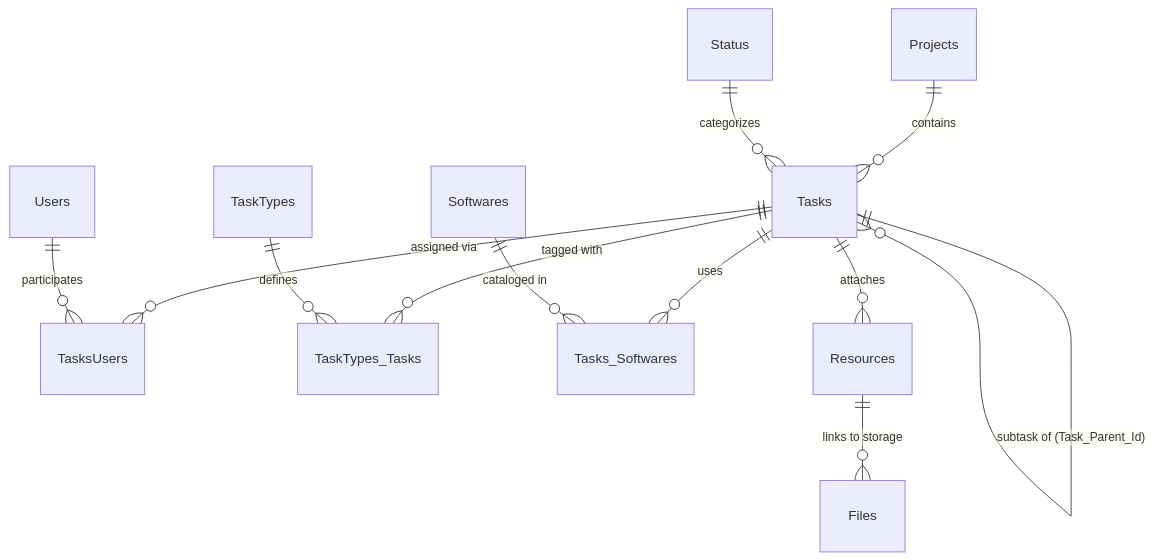
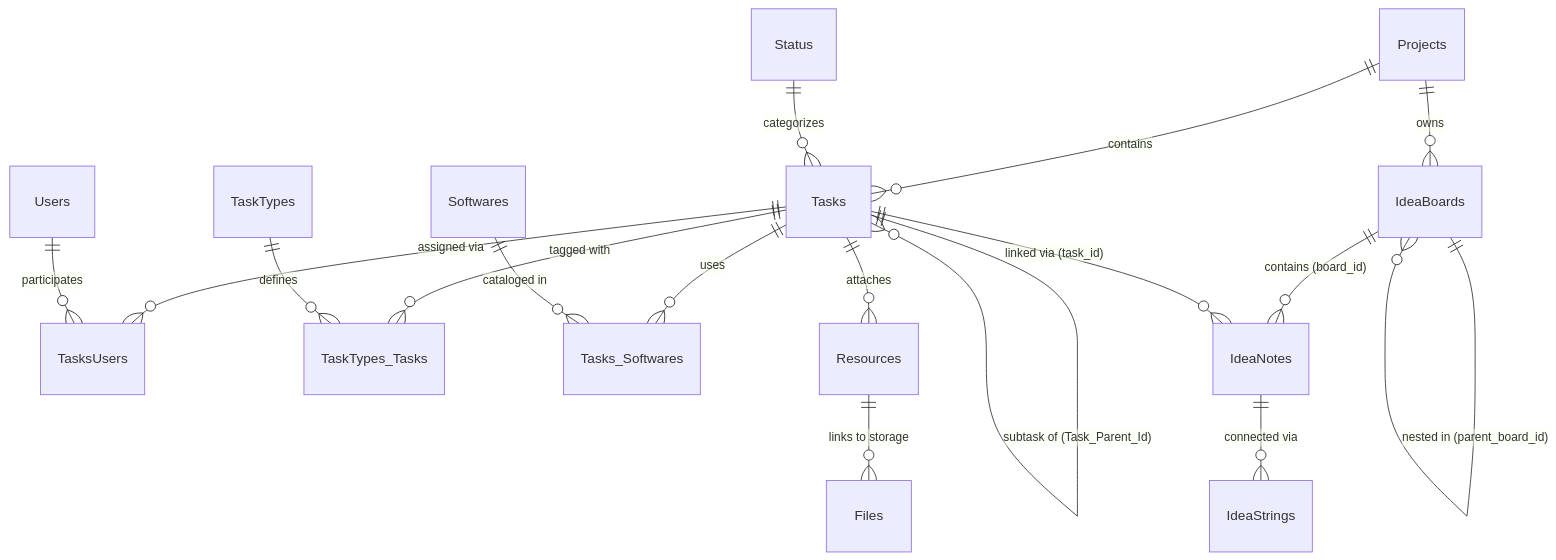
One commit to iliyancherganski/TaskMaster changed the diagram in README.md. Above: the diagram before and after it, drawn with Mermaid. The commit also changed other lines of this file and 7 other files, not shown here.

````diff
--- a/README.md
+++ b/README.md
@@ -213,14 +240,19 @@
 ```mermaid
 erDiagram
     Projects ||--o{ Tasks : "contains"
+    Projects ||--o{ IdeaBoards : "owns"
     Status ||--o{ Tasks : "categorizes"
     Tasks ||--o{ Tasks : "subtask of (Task_Parent_Id)"
     Tasks ||--o{ TasksUsers : "assigned via"
     Users ||--o{ TasksUsers : "participates"
     Tasks ||--o{ TaskTypes_Tasks : "tagged with"
     TaskTypes ||--o{ TaskTypes_Tasks : "defines"
     Tasks ||--o{ Tasks_Softwares : "uses"
     Softwares ||--o{ Tasks_Softwares : "cataloged in"
     Tasks ||--o{ Resources : "attaches"
     Resources ||--o{ Files : "links to storage"
+    IdeaBoards ||--o{ IdeaBoards : "nested in (parent_board_id)"
+    IdeaBoards ||--o{ IdeaNotes : "contains (board_id)"
+    Tasks ||--o{ IdeaNotes : "linked via (task_id)"
+    IdeaNotes ||--o{ IdeaStrings : "connected via"
 ```
````
